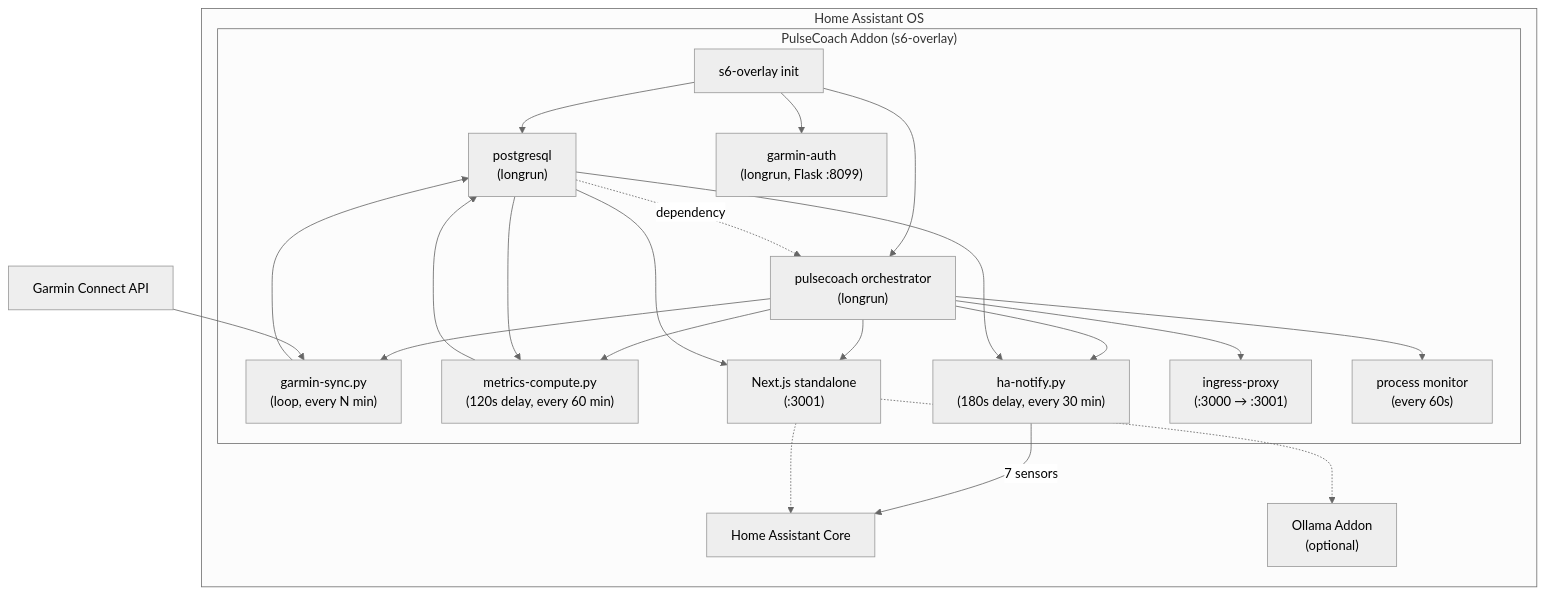
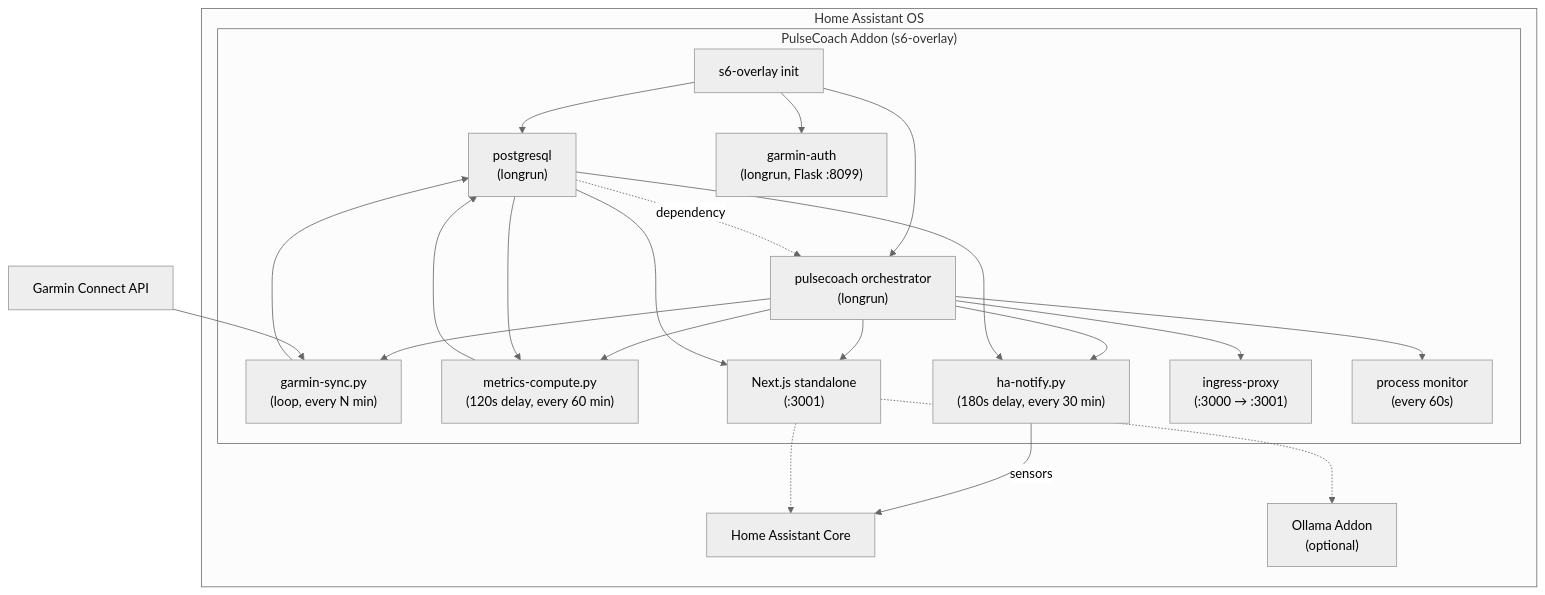
Before and after one commit to askb/ha-garmin-fitness-coach-addon: the diagram in README.md, drawn with Mermaid (neutral theme). The commit also changed other lines of this file and 6 other files, not shown here.

````diff
--- a/README.md
+++ b/README.md
@@ -129,42 +129,42 @@
 ```mermaid
 graph TD
     subgraph "Home Assistant OS"
         subgraph "PulseCoach Addon (s6-overlay)"
             S6["s6-overlay init"]
             PG["postgresql<br/>(longrun)"]
             Auth["garmin-auth<br/>(longrun, Flask :8099)"]
             GC["pulsecoach orchestrator<br/>(longrun)"]
             Sync["garmin-sync.py<br/>(loop, every N min)"]
             Metrics["metrics-compute.py<br/>(120s delay, every 60 min)"]
             Notify["ha-notify.py<br/>(180s delay, every 30 min)"]
             NextJS["Next.js standalone<br/>(:3001)"]
             Ingress["ingress-proxy<br/>(:3000 → :3001)"]
             Monitor["process monitor<br/>(every 60s)"]
         end
         HA["Home Assistant Core"]
         Ollama["Ollama Addon<br/>(optional)"]
     end
 
     Garmin["Garmin Connect API"]
 
     S6 --> PG
     S6 --> Auth
     S6 --> GC
     PG -.->|dependency| GC
     GC --> Sync
     GC --> Metrics
     GC --> Notify
     GC --> NextJS
     GC --> Ingress
     GC --> Monitor
 
     Garmin --> Sync
     Sync --> PG
     PG --> Metrics
     Metrics --> PG
     PG --> Notify
-    Notify -->|7 sensors| HA
+    Notify -->|sensors| HA
     PG --> NextJS
     NextJS -.-> Ollama
     NextJS -.-> HA
 ```
````
